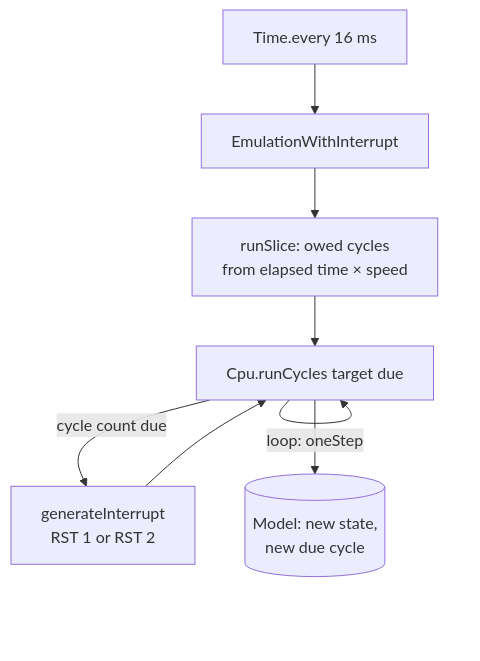
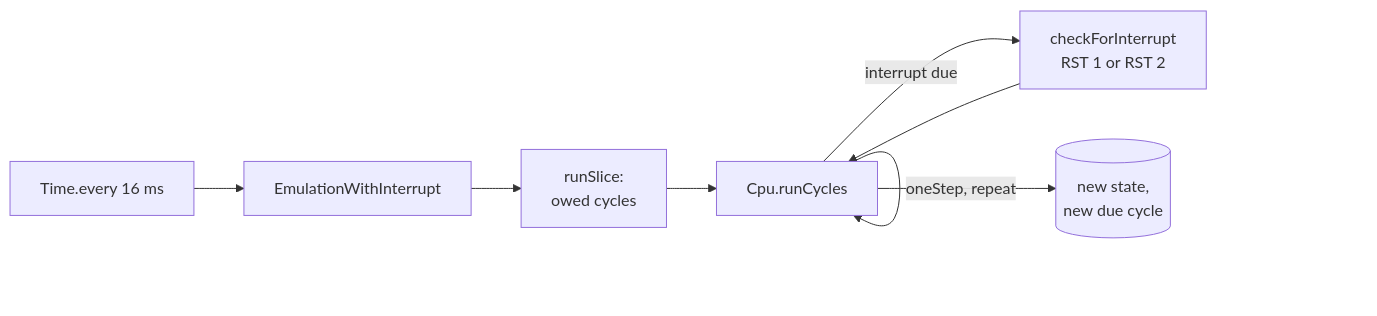
One commit to SamuelBucheliZ/elmulator changed the ninth of 11 diagrams in slides/slides.md. Above: the diagram before and after it, drawn with Mermaid. The commit also changed other lines of this file and 3 other files, not shown here.

First line of the commit message:
Slides: light theme, photo and diagrams, walk-through with code, reordered introductions

````diff
--- a/slides/slides.md
+++ b/slides/slides.md
@@ -662,10 +1174,8 @@
 ```mermaid
-flowchart TD
-    T[Time.every 16 ms] --> S[EmulationWithInterrupt]
-    S --> R[runSlice: owed cycles<br/>from elapsed time × speed]
-    R --> C[Cpu.runCycles target due]
-    C -->|loop: oneStep| C
-    C -->|cycle count due| I[generateInterrupt<br/>RST 1 or RST 2]
-    I --> C
-    C --> M[(Model: new state,<br/>new due cycle)]
+%%{init: {'themeVariables': {'fontSize': '16px'}}}%%
+flowchart LR
+    T[Time.every 16 ms] --> S[EmulationWithInterrupt] --> R[runSlice:<br/>owed cycles] --> C[Cpu.runCycles]
+    C -->|oneStep, repeat| C
+    C -->|interrupt due| I[checkForInterrupt<br/>RST 1 or RST 2] --> C
+    C --> M[(new state,<br/>new due cycle)]
 ```
````
